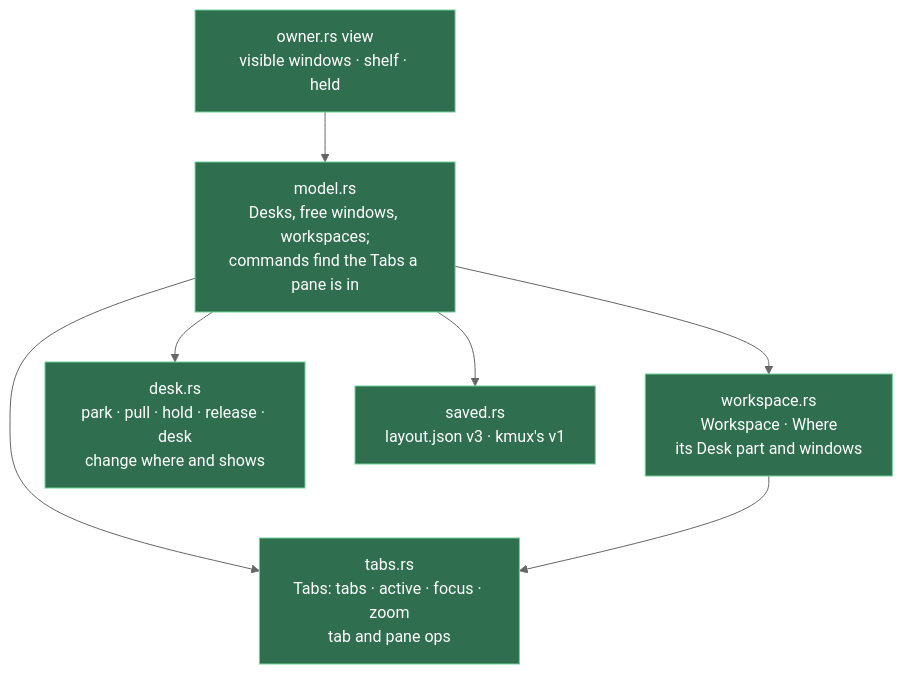
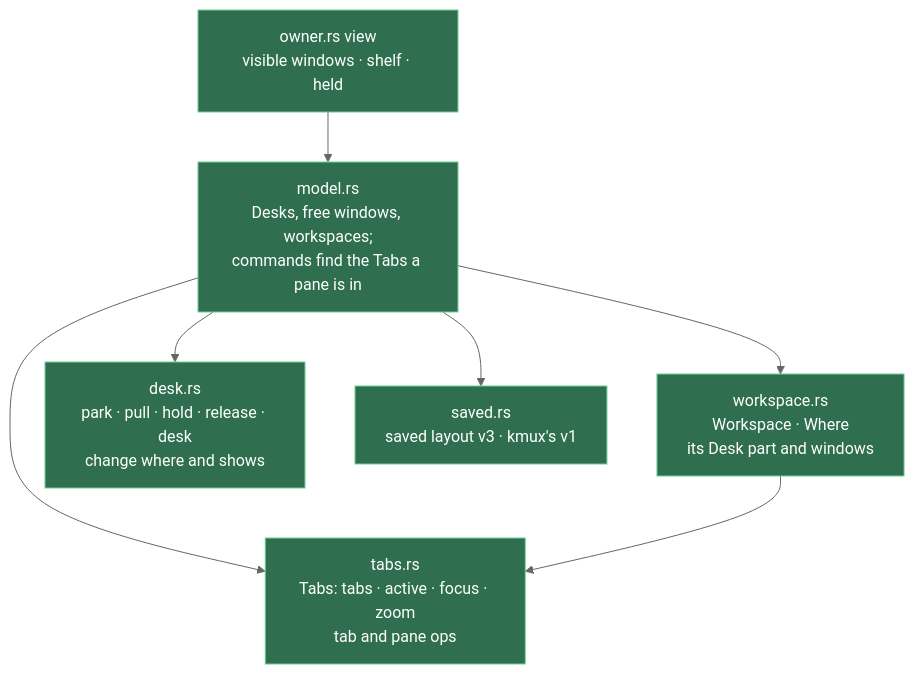
The third of 4 diagrams in docs/specs/workspaces.md (tampopogk/kanna), drawn with Mermaid (neutral theme) before and after one commit. The commit also changed other lines of this file and 20 other files, not shown here.

Commit message:
The layout is saved in kanna.db beside the tasks: a layout table, written after a change, on stopping, and with a task's row when it's done; a layout.json is imported once

````diff
--- a/docs/specs/workspaces.md
+++ b/docs/specs/workspaces.md
@@ -165,14 +165,14 @@
 ```mermaid
 flowchart TB
     T["tabs.rs<br/>Tabs: tabs · active · focus · zoom<br/>tab and pane ops"]
     WS["workspace.rs<br/>Workspace · Where<br/>its Desk part and windows"]
     D["desk.rs<br/>park · pull · hold · release · desk<br/>change where and shows"]
     M["model.rs<br/>Desks, free windows, workspaces;<br/>commands find the Tabs a pane is in"]
     O["owner.rs view<br/>visible windows · shelf · held"]
-    S["saved.rs<br/>layout.json v3 · kmux's v1"]
+    S["saved.rs<br/>saved layout v3 · kmux's v1"]
     M --> D & WS & T & S
     WS --> T
     O --> M
     classDef ours fill:#2f6f4f,stroke:#6fcf97,color:#ffffff
     class T,WS,D,M,O,S ours
 ```
````
